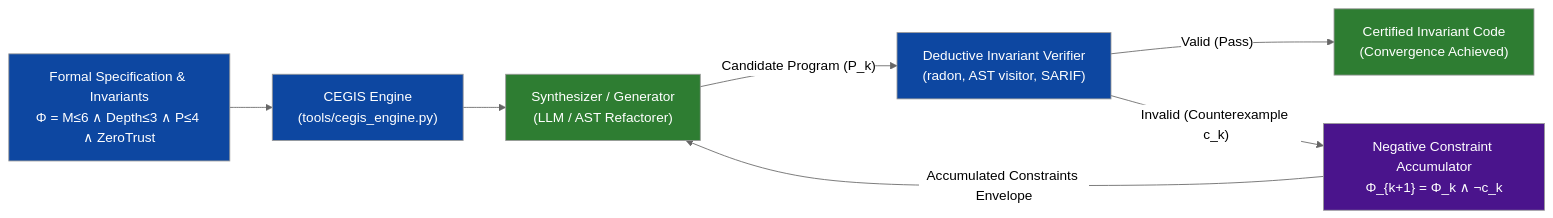
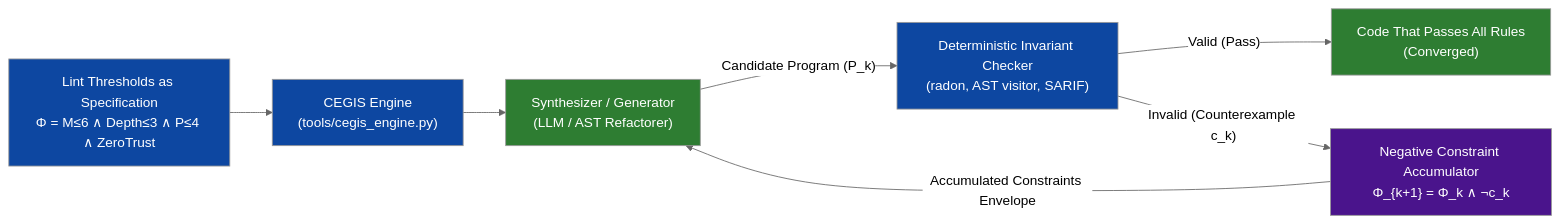
The second of 2 diagrams in observations/systems/22-self-correction-loops-vs-cegis-constraint-accumulation.md (dan-petty/vibes), drawn with Mermaid (neutral theme) before and after one commit. The commit also changed other lines of this file and 248 other files, not shown here.

````diff
--- a/observations/systems/22-self-correction-loops-vs-cegis-constraint-accumulation.md
+++ b/observations/systems/22-self-correction-loops-vs-cegis-constraint-accumulation.md
@@ -52,17 +52,17 @@
 ```mermaid
 flowchart LR
     classDef oracle fill:#0d47a1,color:#fff
     classDef synth fill:#2e7d32,color:#fff
     classDef memory fill:#4a148c,color:#fff
 
-    Spec["Formal Specification & Invariants<br/>Φ = M≤6 ∧ Depth≤3 ∧ P≤4 ∧ ZeroTrust"]:::oracle
+    Spec["Lint Thresholds as Specification<br/>Φ = M≤6 ∧ Depth≤3 ∧ P≤4 ∧ ZeroTrust"]:::oracle
     Spec --> Engine["CEGIS Engine<br/>(tools/cegis_engine.py)"]:::oracle
 
     Engine --> Synth["Synthesizer / Generator<br/>(LLM / AST Refactorer)"]:::synth
-    Synth -->|"Candidate Program (P_k)"| Verifier["Deductive Invariant Verifier<br/>(radon, AST visitor, SARIF)"]:::oracle
+    Synth -->|"Candidate Program (P_k)"| Verifier["Deterministic Invariant Checker<br/>(radon, AST visitor, SARIF)"]:::oracle
 
-    Verifier -->|"Valid (Pass)"| Done["Certified Invariant Code<br/>(Convergence Achieved)"]:::synth
+    Verifier -->|"Valid (Pass)"| Done["Code That Passes All Rules<br/>(Converged)"]:::synth
     Verifier -->|"Invalid (Counterexample c_k)"| Accum["Negative Constraint Accumulator<br/>Φ_{k+1} = Φ_k ∧ ¬c_k"]:::memory
 
     Accum -->|"Accumulated Constraints Envelope"| Synth
 ```
````
